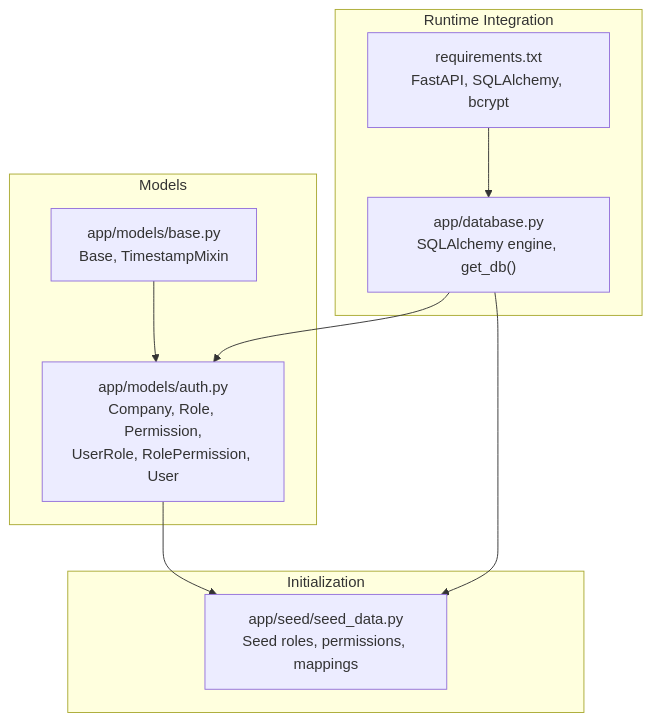
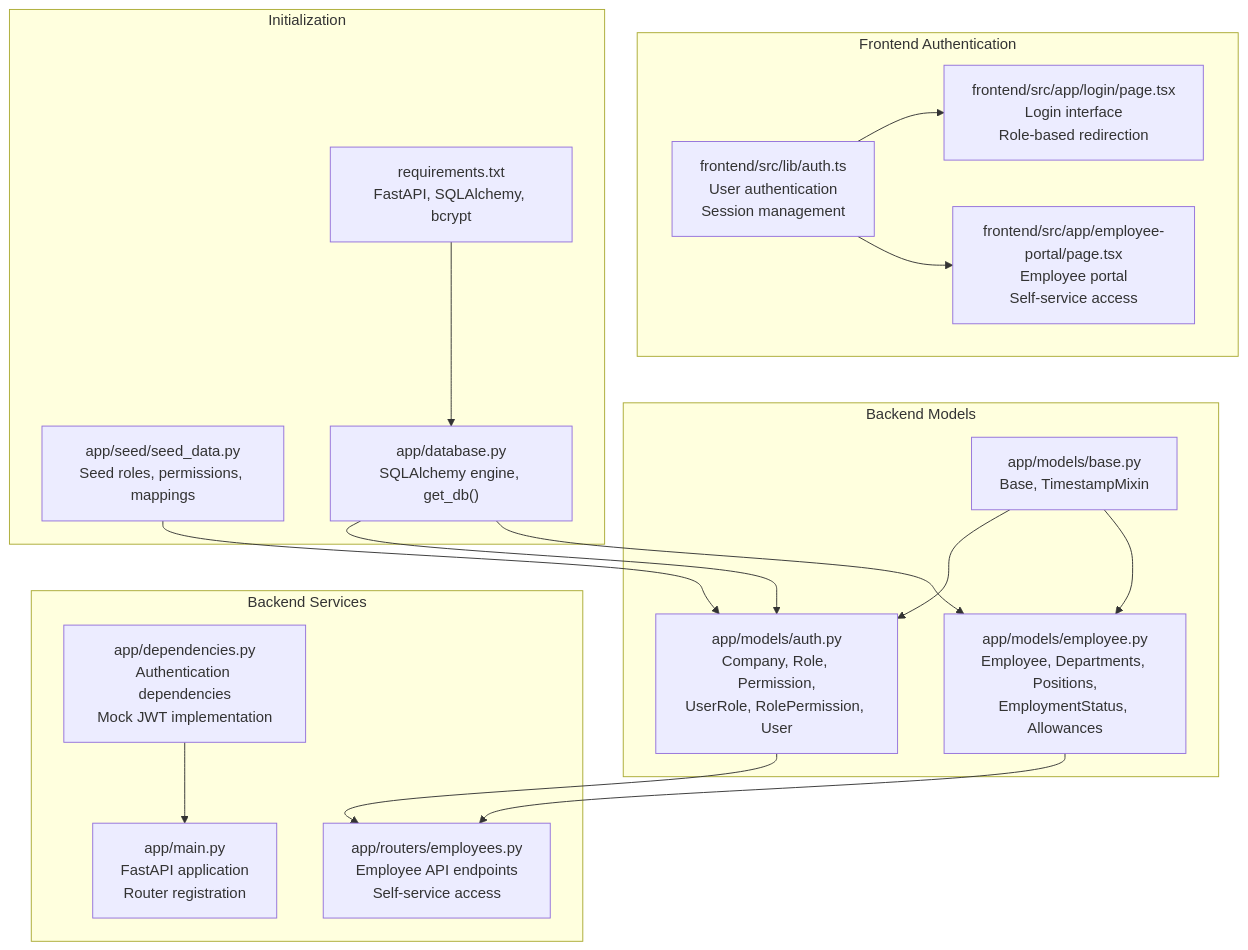
One commit to bikinaplikasipakeqoder-dot/payroll-hris changed the first of 3 diagrams in .qoder/repowiki/en/content/Authentication & Authorization.md. Above: the diagram before and after it, drawn with Mermaid. The commit also changed other lines of this file and 22 other files, not shown here.

````diff
--- a/.qoder/repowiki/en/content/Authentication & Authorization.md
+++ b/.qoder/repowiki/en/content/Authentication & Authorization.md
@@ -31,19 +50,34 @@
 ```mermaid
 graph TB
-subgraph "Models"
+subgraph "Backend Models"
 A["app/models/base.py<br/>Base, TimestampMixin"]
 B["app/models/auth.py<br/>Company, Role, Permission,<br/>UserRole, RolePermission, User"]
+C["app/models/employee.py<br/>Employee, Departments, Positions,<br/>EmploymentStatus, Allowances"]
+end
+subgraph "Backend Services"
+D["app/routers/employees.py<br/>Employee API endpoints<br/>Self-service access"]
+E["app/dependencies.py<br/>Authentication dependencies<br/>Mock JWT implementation"]
+F["app/main.py<br/>FastAPI application<br/>Router registration"]
+end
+subgraph "Frontend Authentication"
+G["frontend/src/lib/auth.ts<br/>User authentication<br/>Session management"]
+H["frontend/src/app/login/page.tsx<br/>Login interface<br/>Role-based redirection"]
+I["frontend/src/app/employee-portal/page.tsx<br/>Employee portal<br/>Self-service access"]
 end
 subgraph "Initialization"
-C["app/seed/seed_data.py<br/>Seed roles, permissions, mappings"]
-end
-subgraph "Runtime Integration"
-D["app/database.py<br/>SQLAlchemy engine, get_db()"]
-E["requirements.txt<br/>FastAPI, SQLAlchemy, bcrypt"]
+J["app/seed/seed_data.py<br/>Seed roles, permissions, mappings"]
+K["app/database.py<br/>SQLAlchemy engine, get_db()"]
+L["requirements.txt<br/>FastAPI, SQLAlchemy, bcrypt"]
 end
 A --> B
-B --> C
-D --> B
-D --> C
-E --> D
+A --> C
+B --> D
+C --> D
+E --> F
+G --> H
+G --> I
+J --> B
+K --> B
+K --> C
+L --> K
 ```
````
